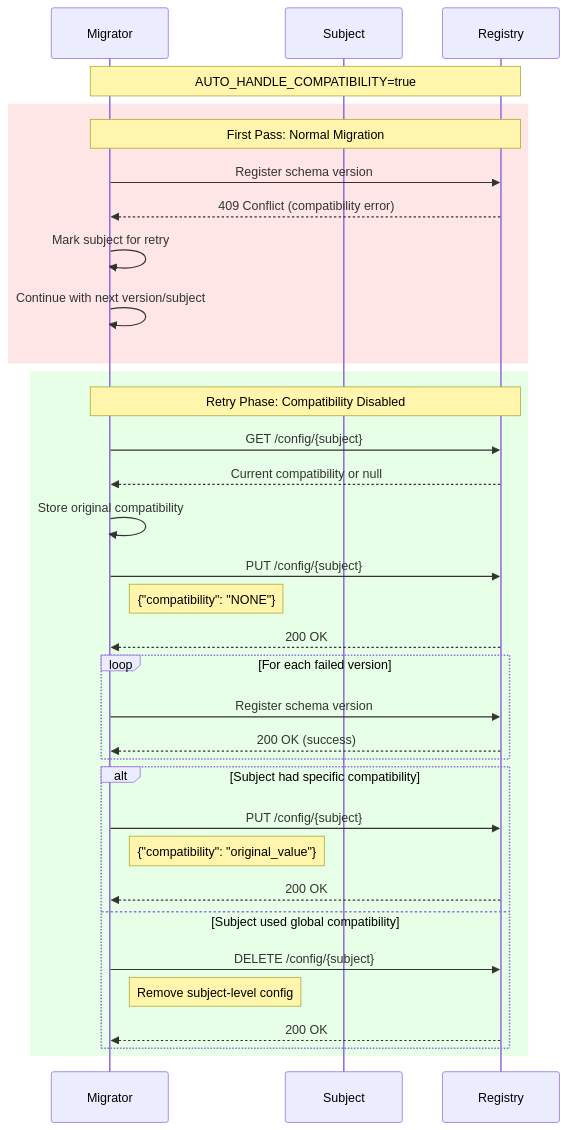
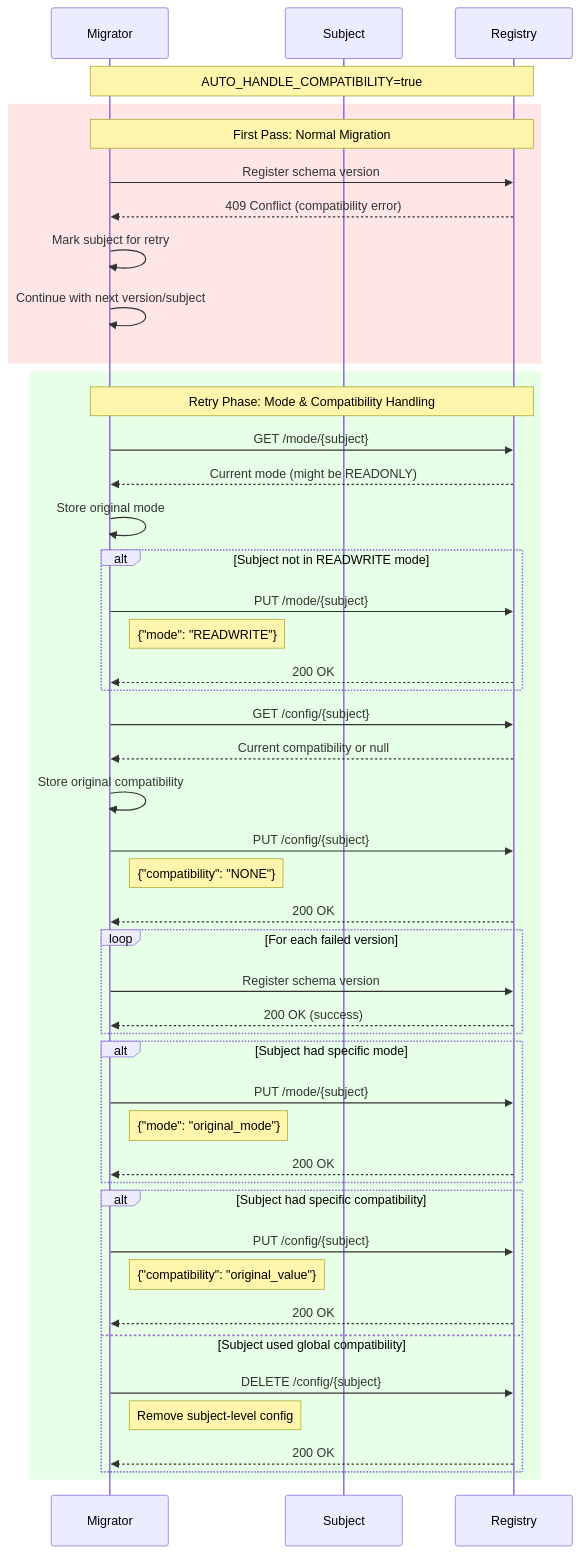
Diagram 16 of 19 in migration-flow.md (aywengo/kafka-schema-reg-migrator), drawn with Mermaid before and after one commit. The commit also changed other lines of this file and 1 other file, not shown here.

First line of the commit message:
Refactor schema migration logic to enhance ID preservation and mode management

````diff
--- a/migration-flow.md
+++ b/migration-flow.md
@@ -673,44 +756,61 @@
 ```mermaid
 sequenceDiagram
     participant M as Migrator
     participant S as Subject
     participant R as Registry
     
     Note over M,R: AUTO_HANDLE_COMPATIBILITY=true
     
     %% First Pass - Normal Migration
     rect rgb(255, 230, 230)
         Note over M,R: First Pass: Normal Migration
         M->>R: Register schema version
         R-->>M: 409 Conflict (compatibility error)
         M->>M: Mark subject for retry
         M->>M: Continue with next version/subject
     end
     
     %% After all subjects processed
     rect rgb(230, 255, 230)
-        Note over M,R: Retry Phase: Compatibility Disabled
+        Note over M,R: Retry Phase: Mode & Compatibility Handling
+        M->>R: GET /mode/{subject}
+        R-->>M: Current mode (might be READONLY)
+        M->>M: Store original mode
+        
+        alt Subject not in READWRITE mode
+            M->>R: PUT /mode/{subject}
+            Note right of M: {"mode": "READWRITE"}
+            R-->>M: 200 OK
+        end
+        
         M->>R: GET /config/{subject}
         R-->>M: Current compatibility or null
         M->>M: Store original compatibility
         
         M->>R: PUT /config/{subject}
         Note right of M: {"compatibility": "NONE"}
         R-->>M: 200 OK
         
         loop For each failed version
             M->>R: Register schema version
             R-->>M: 200 OK (success)
         end
         
+        %% Restore original settings
+        alt Subject had specific mode
+            M->>R: PUT /mode/{subject}
+            Note right of M: {"mode": "original_mode"}
+            R-->>M: 200 OK
+        end
+        
         alt Subject had specific compatibility
             M->>R: PUT /config/{subject}
             Note right of M: {"compatibility": "original_value"}
             R-->>M: 200 OK
         else Subject used global compatibility
             M->>R: DELETE /config/{subject}
             Note right of M: Remove subject-level config
             R-->>M: 200 OK
         end
     end
 ```
````
